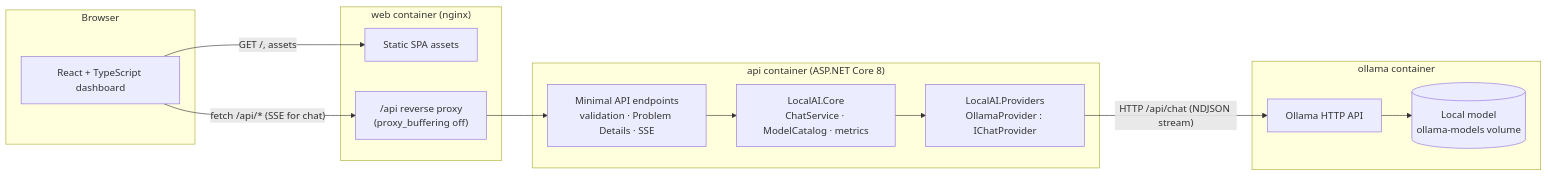
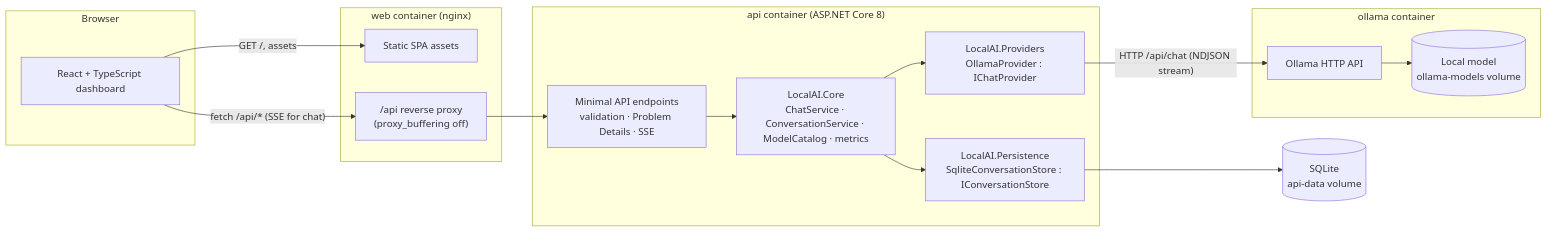
The diagram in README.md (burmeseitman/local-ai-infra), drawn with Mermaid before and after one commit. The commit also changed other lines of this file and 59 other files, not shown here.

First line of the commit message:
feat: add server-side conversation history with SQLite (#1)

````diff
--- a/README.md
+++ b/README.md
@@ -55,24 +58,27 @@
 ```mermaid
 flowchart LR
     subgraph Browser
         UI[React + TypeScript dashboard]
     end
     subgraph web["web container (nginx)"]
         Static[Static SPA assets]
         Proxy["/api reverse proxy<br/>(proxy_buffering off)"]
     end
     subgraph api["api container (ASP.NET Core 8)"]
         Endpoints[Minimal API endpoints<br/>validation · Problem Details · SSE]
-        Core["LocalAI.Core<br/>ChatService · ModelCatalog · metrics"]
+        Core["LocalAI.Core<br/>ChatService · ConversationService · ModelCatalog · metrics"]
         Provider["LocalAI.Providers<br/>OllamaProvider : IChatProvider"]
+        Store["LocalAI.Persistence<br/>SqliteConversationStore : IConversationStore"]
     end
+    DB[("SQLite<br/>api-data volume")]
     subgraph ollama["ollama container"]
         Ollama[Ollama HTTP API]
         Model[(Local model<br/>ollama-models volume)]
     end
 
     UI -- "GET /, assets" --> Static
     UI -- "fetch /api/* (SSE for chat)" --> Proxy
     Proxy --> Endpoints --> Core --> Provider
+    Core --> Store --> DB
     Provider -- "HTTP /api/chat (NDJSON stream)" --> Ollama --> Model
 ```
````
